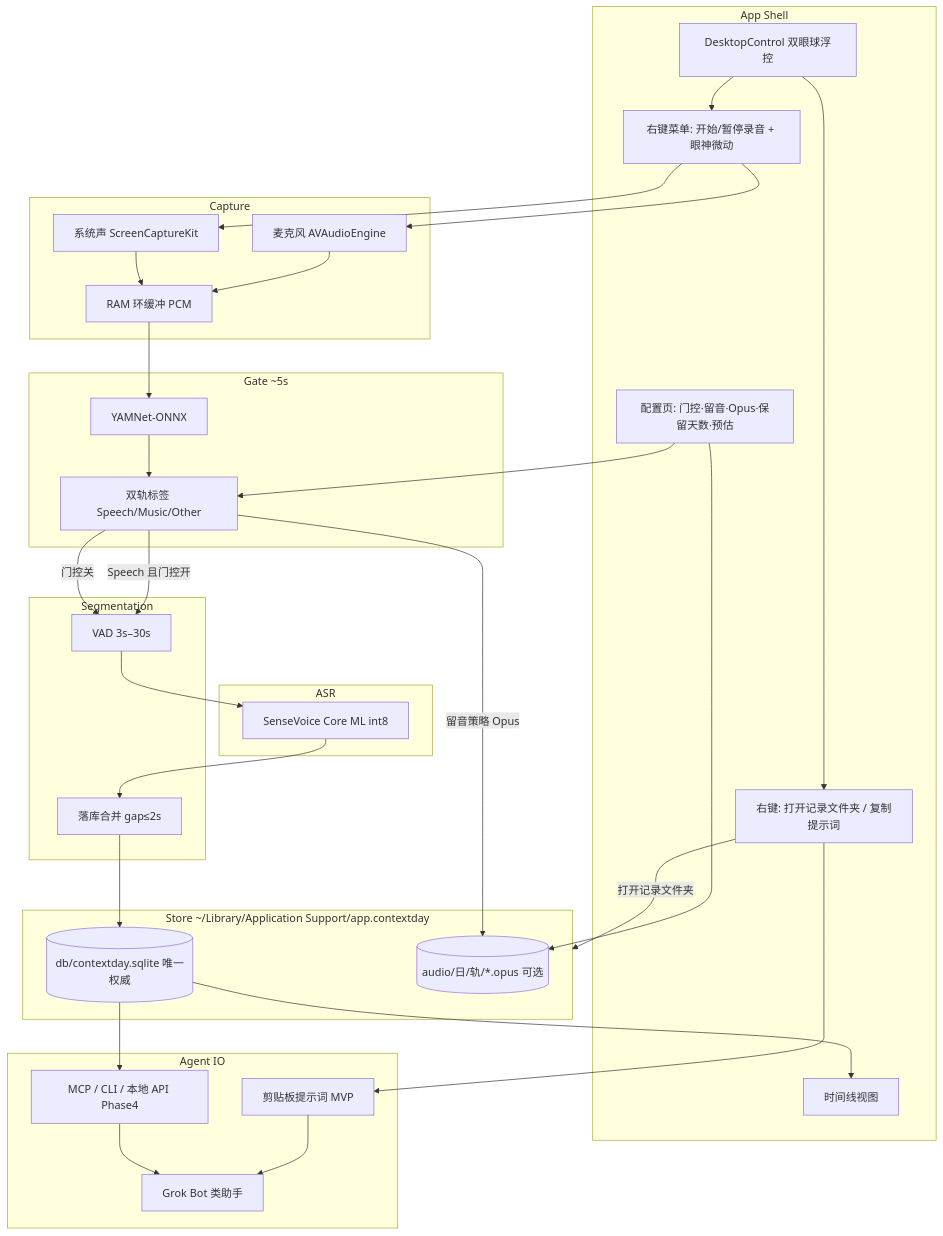
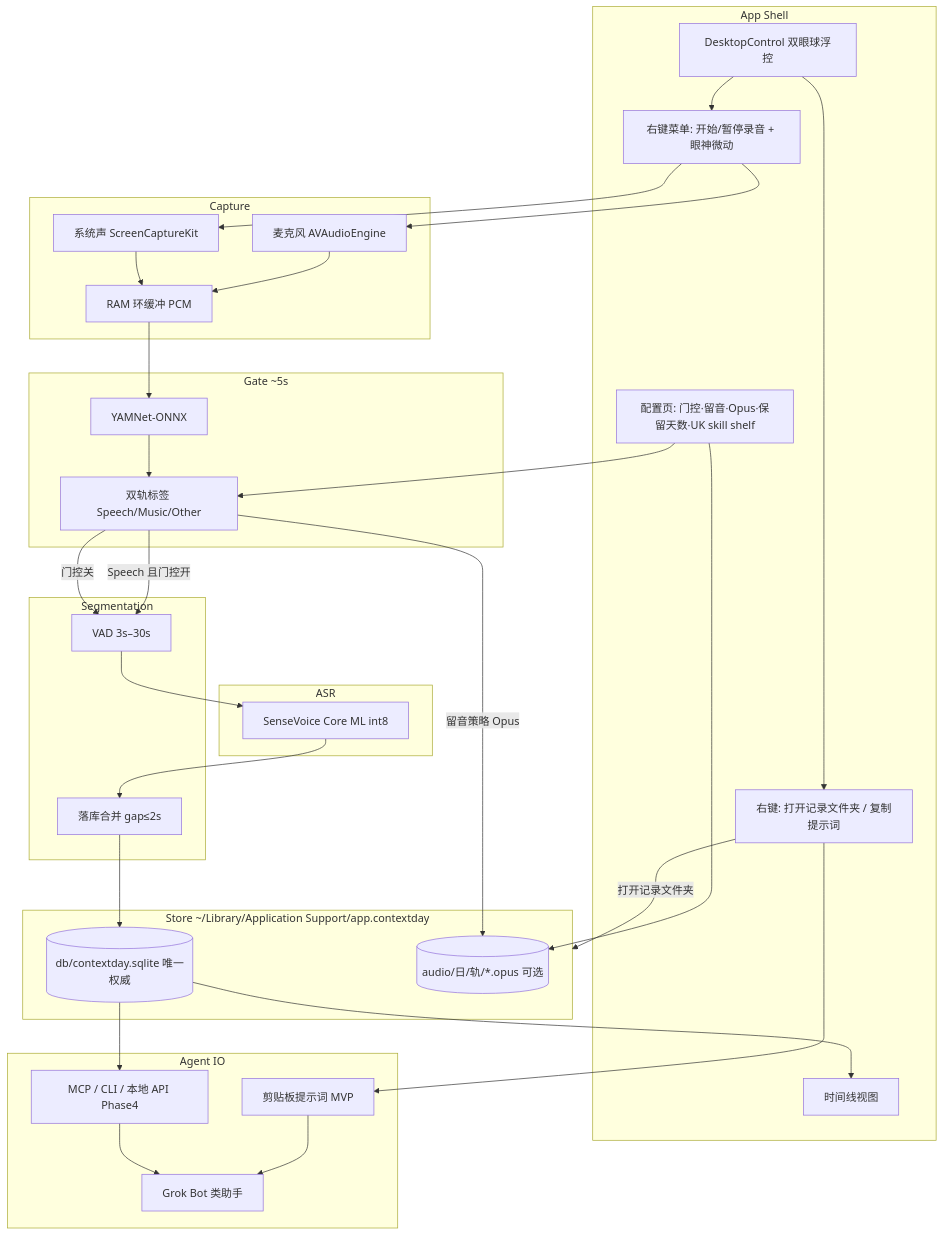
Before and after one commit to jqlong17/ContextDay: the diagram in docs/01_spec.md, drawn with Mermaid. The commit also changed other lines of this file and 23 other files, not shown here.

First line of the commit message:
feat(skills): UK meeting skill shelf — first 5 styles (Spec v0.3.25)

````diff
--- a/docs/01_spec.md
+++ b/docs/01_spec.md
@@ -586,64 +610,64 @@
 ```mermaid
 flowchart TB
   subgraph UI["App Shell"]
     Desk[DesktopControl 双眼球浮控]
     Activate[右键菜单: 开始/暂停录音 + 眼神微动]
     CtxMenu[右键: 打开记录文件夹 / 复制提示词]
-    Settings[配置页: 门控·留音·Opus·保留天数·预估]
+    Settings[配置页: 门控·留音·Opus·保留天数·UK skill shelf]
     Timeline[时间线视图]
   end
 
   subgraph Capture["Capture"]
     Mic[麦克风 AVAudioEngine]
     Sys[系统声 ScreenCaptureKit]
     Ring[RAM 环缓冲 PCM]
   end
 
   subgraph Gate["Gate ~5s"]
     Yam[YAMNet-ONNX]
     Label[双轨标签 Speech/Music/Other]
   end
 
   subgraph Seg["Segmentation"]
     VAD[VAD 3s–30s]
     Merge[落库合并 gap≤2s]
   end
 
   subgraph ASR["ASR"]
     CM[SenseVoice Core ML int8]
   end
 
   subgraph Store["Store ~/Library/Application Support/app.contextday"]
     DB[(db/contextday.sqlite 唯一权威)]
     Audio[(audio/日/轨/*.opus 可选)]
   end
 
   subgraph Out["Agent IO"]
     Clip[剪贴板提示词 MVP]
     MCP[MCP / CLI / 本地 API Phase4]
     Bot[Grok Bot 类助手]
   end
 
   Desk --> Activate
   Desk --> CtxMenu
   Activate --> Mic
   Activate --> Sys
   Mic --> Ring
   Sys --> Ring
   Ring --> Yam
   Yam --> Label
   Label -->|Speech 且门控开| VAD
   Label -->|门控关| VAD
   VAD --> CM
   CM --> Merge
   Merge --> DB
   Label -->|留音策略 Opus| Audio
   Settings --> Label
   Settings --> Audio
   DB --> Timeline
   CtxMenu -->|打开记录文件夹| Store
   CtxMenu --> Clip
   Clip --> Bot
   DB --> MCP
   MCP --> Bot
 ```
````
